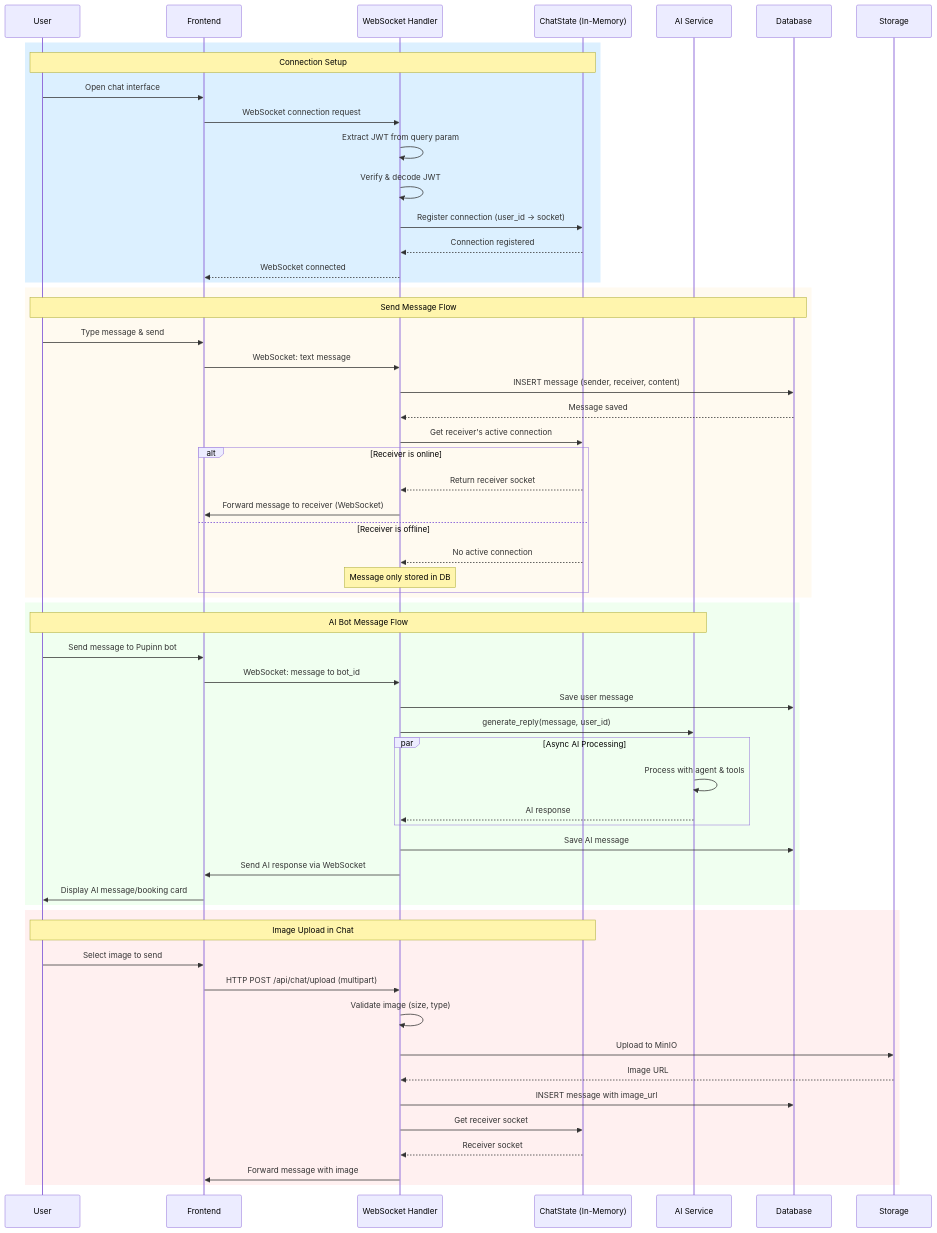
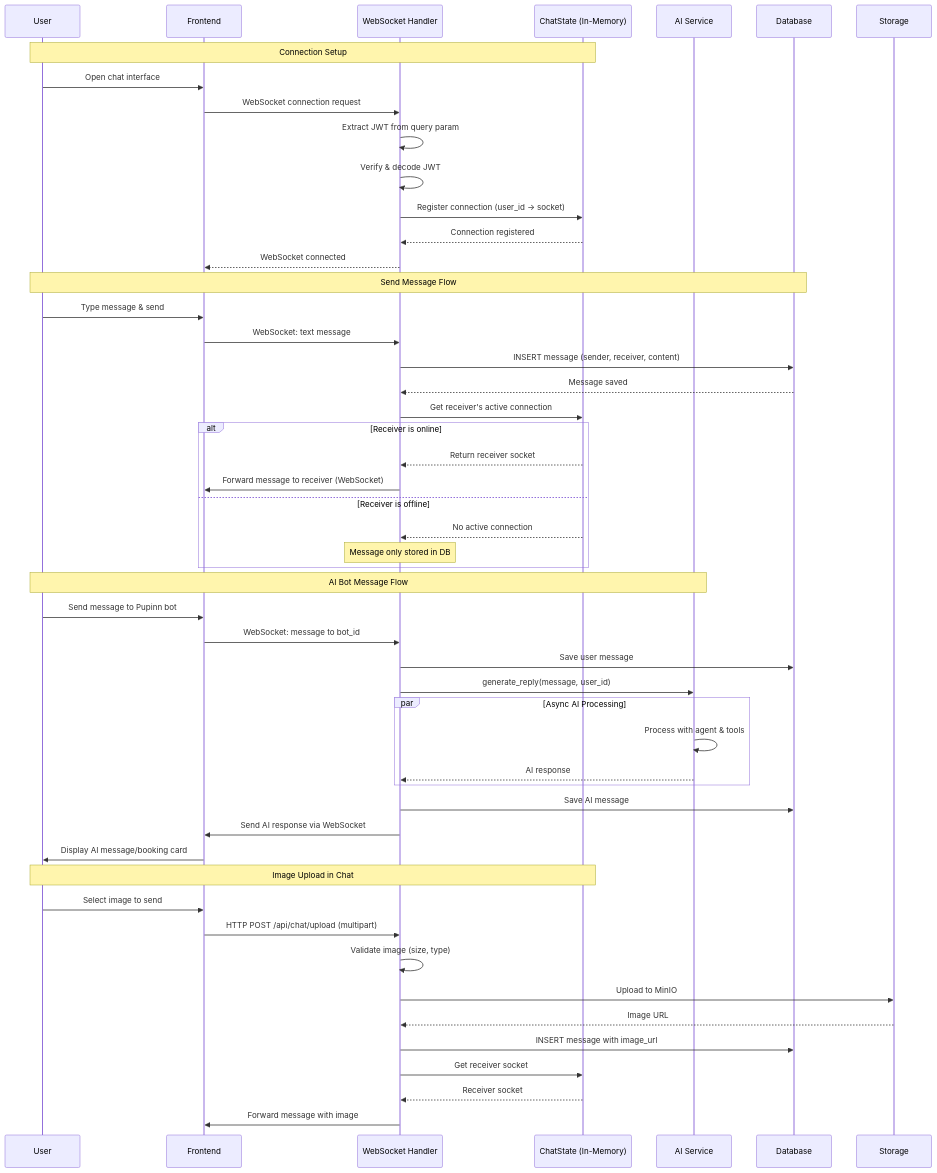
One commit to baohuyhuy/pupinn changed the ninth of 16 diagrams in data-flow.md. Above: the diagram before and after it, drawn with Mermaid. The commit also changed other lines of this file, not shown here.

Commit message:
Refactor sequence diagrams for clarity

````diff
--- a/data-flow.md
+++ b/data-flow.md
@@ -329,67 +313,59 @@
 ```mermaid
 sequenceDiagram
     participant U as User
     participant F as Frontend
     participant WS as WebSocket Handler
     participant State as ChatState (In-Memory)
     participant AI as AI Service
     participant DB as Database
     
-    rect rgb(220, 240, 255)
-        Note over U,State: Connection Setup
-        U->>F: Open chat interface
-        F->>WS: WebSocket connection request
-        WS->>WS: Extract JWT from query param
-        WS->>WS: Verify & decode JWT
-        WS->>State: Register connection (user_id → socket)
-        State-->>WS: Connection registered
-        WS-->>F: WebSocket connected
+    Note over U,State: Connection Setup
+    U->>F: Open chat interface
+    F->>WS: WebSocket connection request
+    WS->>WS: Extract JWT from query param
+    WS->>WS: Verify & decode JWT
+    WS->>State: Register connection (user_id → socket)
+    State-->>WS: Connection registered
+    WS-->>F: WebSocket connected
+    
+    Note over U,DB: Send Message Flow
+    U->>F: Type message & send
+    F->>WS: WebSocket: text message
+    WS->>DB: INSERT message (sender, receiver, content)
+    DB-->>WS: Message saved
+    WS->>State: Get receiver's active connection
+    
+    alt Receiver is online
+        State-->>WS: Return receiver socket
+        WS->>F: Forward message to receiver (WebSocket)
+    else Receiver is offline
+        State-->>WS: No active connection
+        Note over WS: Message only stored in DB
     end
     
-    rect rgb(255, 250, 240)
-        Note over U,DB: Send Message Flow
-        U->>F: Type message & send
-        F->>WS: WebSocket: text message
-        WS->>DB: INSERT message (sender, receiver, content)
-        DB-->>WS: Message saved
-        WS->>State: Get receiver's active connection
-        
-        alt Receiver is online
-            State-->>WS: Return receiver socket
-            WS->>F: Forward message to receiver (WebSocket)
-        else Receiver is offline
-            State-->>WS: No active connection
-            Note over WS: Message only stored in DB
-        end
+    Note over U,AI: AI Bot Message Flow
+    U->>F: Send message to Pupinn bot
+    F->>WS: WebSocket: message to bot_id
+    WS->>DB: Save user message
+    WS->>AI: generate_reply(message, user_id)
+    
+    par Async AI Processing
+        AI->>AI: Process with agent & tools
+        AI-->>WS: AI response
     end
     
-    rect rgb(240, 255, 240)
-        Note over U,AI: AI Bot Message Flow
-        U->>F: Send message to Pupinn bot
-        F->>WS: WebSocket: message to bot_id
-        WS->>DB: Save user message
-        WS->>AI: generate_reply(message, user_id)
-        
-        par Async AI Processing
-            AI->>AI: Process with agent & tools
-            AI-->>WS: AI response
-        end
-        
-        WS->>DB: Save AI message
-        WS->>F: Send AI response via WebSocket
-        F->>U: Display AI message/booking card
-    end
+    WS->>DB: Save AI message
+    WS->>F: Send AI response via WebSocket
+    F->>U: Display AI message/booking card
     
-    rect rgb(255, 240, 240)
-        Note over U,State: Image Upload in Chat
-        U->>F: Select image to send
-        F->>WS: HTTP POST /api/chat/upload (multipart)
-        WS->>WS: Validate image (size, type)
-        WS->>Storage: Upload to MinIO
-        Storage-->>WS: Image URL
-        WS->>DB: INSERT message with image_url
-        WS->>State: Get receiver socket
-        State-->>WS: Receiver socket
-        WS->>F: Forward message with image
-    end
+    Note over U,State: Image Upload in Chat
+    U->>F: Select image to send
+    F->>WS: HTTP POST /api/chat/upload (multipart)
+    WS->>WS: Validate image (size, type)
+    WS->>Storage: Upload to MinIO
+    Storage-->>WS: Image URL
+    WS->>DB: INSERT message with image_url
+    WS->>State: Get receiver socket
+    State-->>WS: Receiver socket
+    WS->>F: Forward message with image
 ```
````
